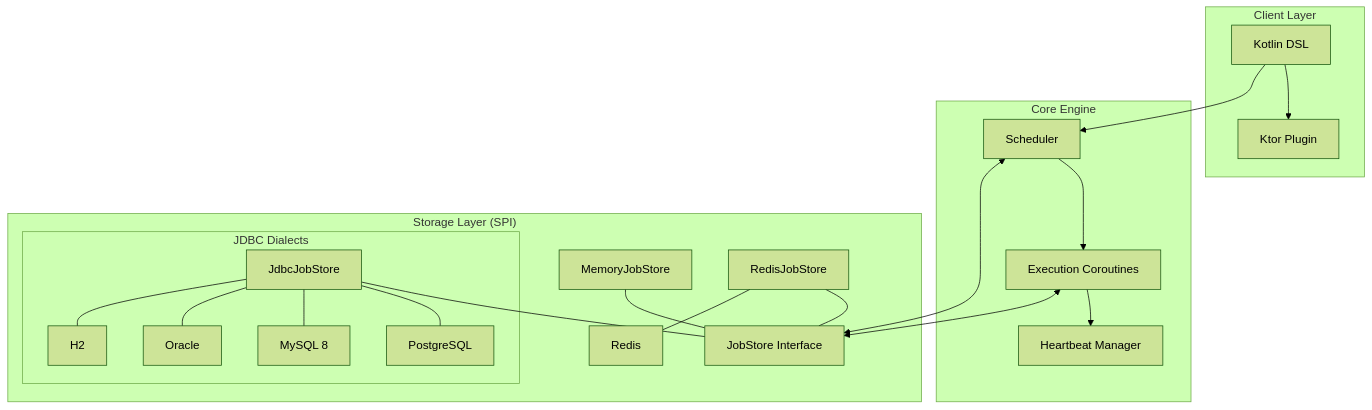
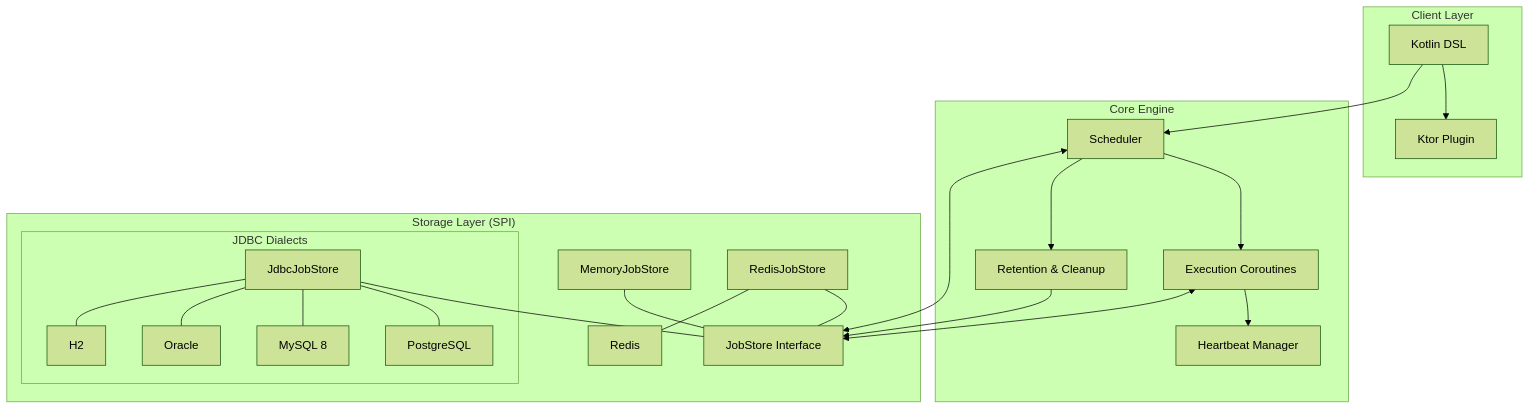
One commit to juniormichieletto/khrona changed the first of 2 diagrams in README.md. Above: the diagram before and after it, drawn with Mermaid (forest theme). The commit also changed other lines of this file and 2 other files, not shown here.

Commit message:
docs: synchronize architecture diagrams and changelog with retention cleanup

````diff
--- a/README.md
+++ b/README.md
@@ -603,31 +603,33 @@
 ```mermaid
 graph TD
     subgraph "Client Layer"
         DSL[Kotlin DSL] --> Ktor[Ktor Plugin]
     end
 
     subgraph "Core Engine"
         Sch[Scheduler] --> Workers[Execution Coroutines]
+        Sch --> Retention[Retention & Cleanup]
         Workers --> Heartbeat[Heartbeat Manager]
     end
 
     subgraph "Storage Layer (SPI)"
         Store[JobStore Interface]
         Memory[MemoryJobStore] --- Store
         JDBC[JdbcJobStore] --- Store
         Redis[RedisJobStore] --- Store
 
         subgraph "JDBC Dialects"
             JDBC --- Postgres[PostgreSQL]
             JDBC --- MySql[MySQL 8]
             JDBC --- Oracle[Oracle]
             JDBC --- H2[H2]
         end
 
         Redis --- RedisDB[Redis]
     end
 
     DSL --> Sch
     Sch <--> Store
+    Retention --> Store
     Workers <--> Store
 ```
````
